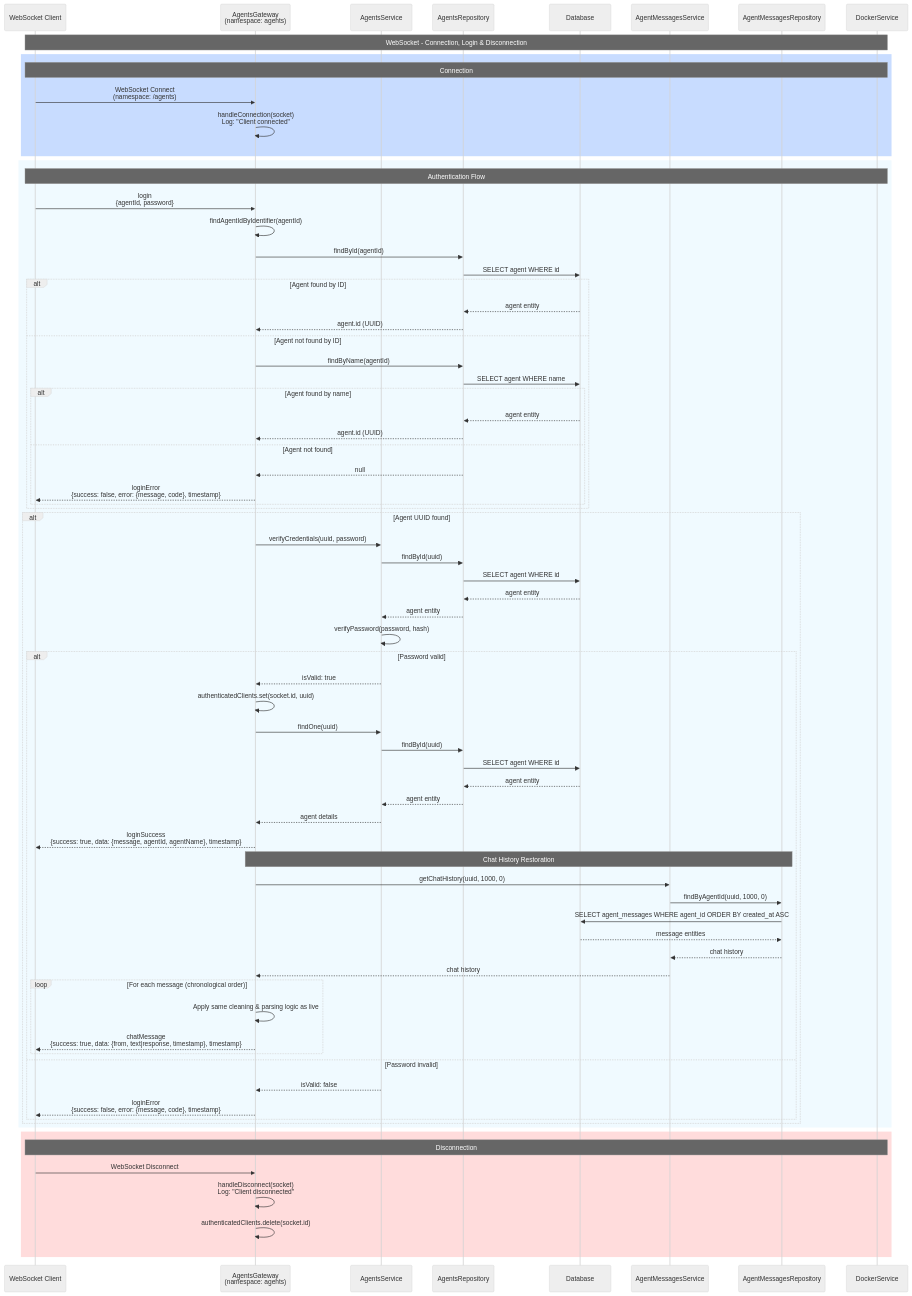
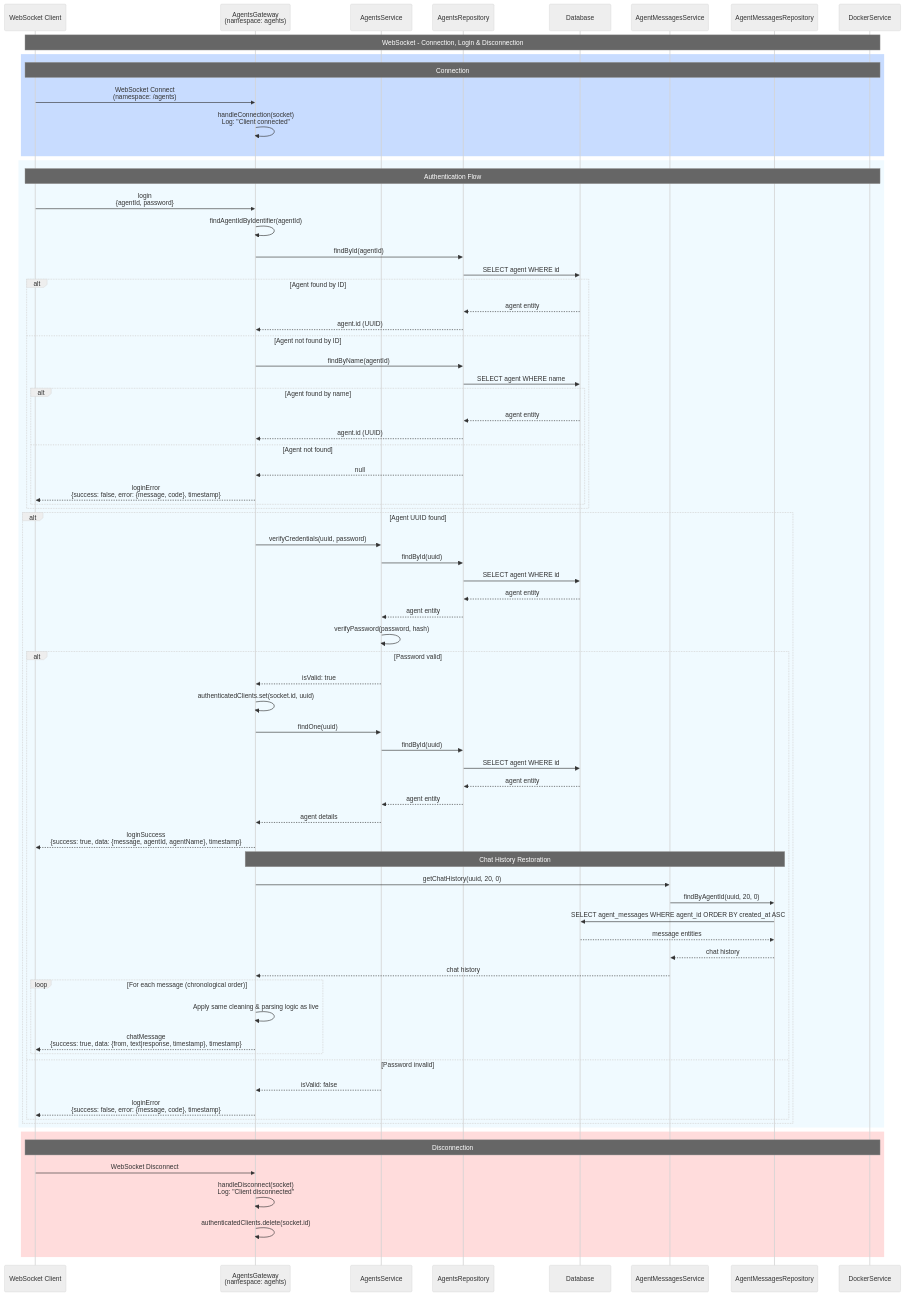
The diagram in libs/domains/framework/backend/feature-agent-manager/docs/sequence-ws-auth-logs.mmd (forepath/tsef), drawn with Mermaid (neutral theme) before and after one commit. The commit also changed 4 other files, not shown here.

Commit message:
fix: speed up chat history restauration (#65)

```diff
--- a/libs/domains/framework/backend/feature-agent-manager/docs/sequence-ws-auth-logs.mmd
+++ b/libs/domains/framework/backend/feature-agent-manager/docs/sequence-ws-auth-logs.mmd
@@ -1,81 +1,81 @@
 sequenceDiagram
     participant WSClient as WebSocket Client
     participant Gateway as AgentsGateway<br/>(namespace: agents)
     participant Service as AgentsService
     participant Repo as AgentsRepository
     participant DB as Database
     participant MsgService as AgentMessagesService
     participant MsgRepo as AgentMessagesRepository
     participant Docker as DockerService
 
     Note over WSClient,Docker: WebSocket - Connection, Login & Disconnection
 
     rect rgb(200, 220, 255)
         Note over WSClient,Docker: Connection
         WSClient->>Gateway: WebSocket Connect<br/>(namespace: /agents)
         Gateway->>Gateway: handleConnection(socket)<br/>Log: "Client connected"
     end
 
     rect rgb(240, 250, 255)
         Note over WSClient,Docker: Authentication Flow
         WSClient->>Gateway: login<br/>{agentId, password}
         Gateway->>Gateway: findAgentIdByIdentifier(agentId)
         Gateway->>Repo: findById(agentId)
         Repo->>DB: SELECT agent WHERE id
         alt Agent found by ID
             DB-->>Repo: agent entity
             Repo-->>Gateway: agent.id (UUID)
         else Agent not found by ID
             Gateway->>Repo: findByName(agentId)
             Repo->>DB: SELECT agent WHERE name
             alt Agent found by name
                 DB-->>Repo: agent entity
                 Repo-->>Gateway: agent.id (UUID)
             else Agent not found
                 Repo-->>Gateway: null
                 Gateway-->>WSClient: loginError<br/>{success: false, error: {message, code}, timestamp}
             end
         end
 
         alt Agent UUID found
             Gateway->>Service: verifyCredentials(uuid, password)
             Service->>Repo: findById(uuid)
             Repo->>DB: SELECT agent WHERE id
             DB-->>Repo: agent entity
             Repo-->>Service: agent entity
             Service->>Service: verifyPassword(password, hash)
             alt Password valid
                 Service-->>Gateway: isValid: true
                 Gateway->>Gateway: authenticatedClients.set(socket.id, uuid)
                 Gateway->>Service: findOne(uuid)
                 Service->>Repo: findById(uuid)
                 Repo->>DB: SELECT agent WHERE id
                 DB-->>Repo: agent entity
                 Repo-->>Service: agent entity
                 Service-->>Gateway: agent details
                 Gateway-->>WSClient: loginSuccess<br/>{success: true, data: {message, agentId, agentName}, timestamp}
 
                 Note over Gateway,MsgRepo: Chat History Restoration
-                Gateway->>MsgService: getChatHistory(uuid, 1000, 0)
-                MsgService->>MsgRepo: findByAgentId(uuid, 1000, 0)
+                Gateway->>MsgService: getChatHistory(uuid, 20, 0)
+                MsgService->>MsgRepo: findByAgentId(uuid, 20, 0)
                 MsgRepo->>DB: SELECT agent_messages WHERE agent_id ORDER BY created_at ASC
                 DB-->>MsgRepo: message entities
                 MsgRepo-->>MsgService: chat history
                 MsgService-->>Gateway: chat history
                 loop For each message (chronological order)
                     Gateway->>Gateway: Apply same cleaning & parsing logic as live
                     Gateway-->>WSClient: chatMessage<br/>{success: true, data: {from, text|response, timestamp}, timestamp}
                 end
             else Password invalid
                 Service-->>Gateway: isValid: false
                 Gateway-->>WSClient: loginError<br/>{success: false, error: {message, code}, timestamp}
             end
         end
     end
 
     rect rgb(255, 220, 220)
         Note over WSClient,Docker: Disconnection
         WSClient->>Gateway: WebSocket Disconnect
         Gateway->>Gateway: handleDisconnect(socket)<br/>Log: "Client disconnected"
         Gateway->>Gateway: authenticatedClients.delete(socket.id)
     end
```
